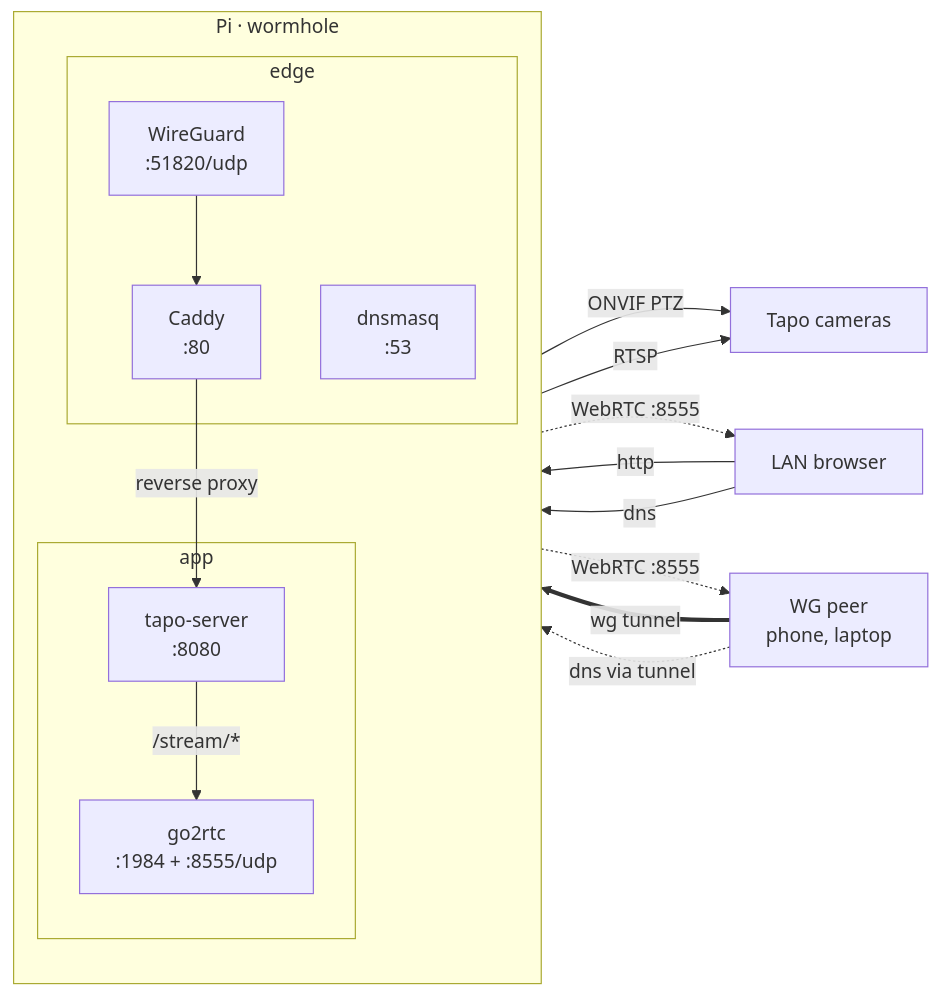
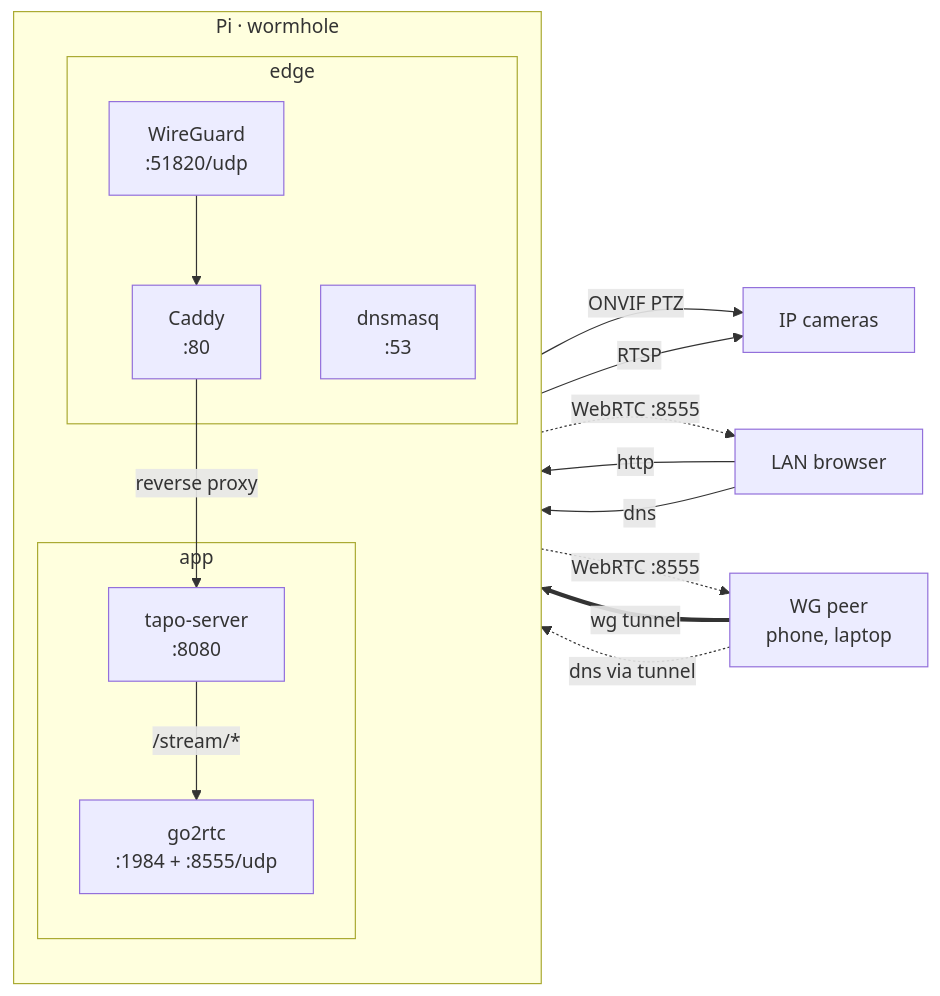
The diagram in README.md (slamdewey/tapo-viewer), drawn with Mermaid before and after one commit. The commit also changed other lines of this file and 11 other files, not shown here.

````diff
--- a/README.md
+++ b/README.md
@@ -13,32 +14,32 @@
 ```mermaid
 flowchart LR
-    cams[Tapo cameras]
+    cams[IP cameras]
     lan[LAN browser]
     peer[WG peer<br/>phone, laptop]
 
     subgraph pi["Pi · wormhole"]
         direction TB
         subgraph edge["edge"]
             wg["WireGuard<br/>:51820/udp"]
             dns["dnsmasq<br/>:53"]
             caddy["Caddy<br/>:80"]
         end
         subgraph app["app"]
             node["tapo-server<br/>:8080"]
             go2rtc["go2rtc<br/>:1984 + :8555/udp"]
         end
     end
 
     lan -->|http| caddy
     peer ==>|wg tunnel| wg
     wg --> caddy
     lan -->|dns| dns
     peer -.->|dns via tunnel| dns
 
     caddy -->|reverse proxy| node
     node -->|/stream/*| go2rtc
     node -->|ONVIF PTZ| cams
     go2rtc -->|RTSP| cams
     go2rtc -.->|WebRTC :8555| lan
     go2rtc -.->|WebRTC :8555| peer
 ```
````
